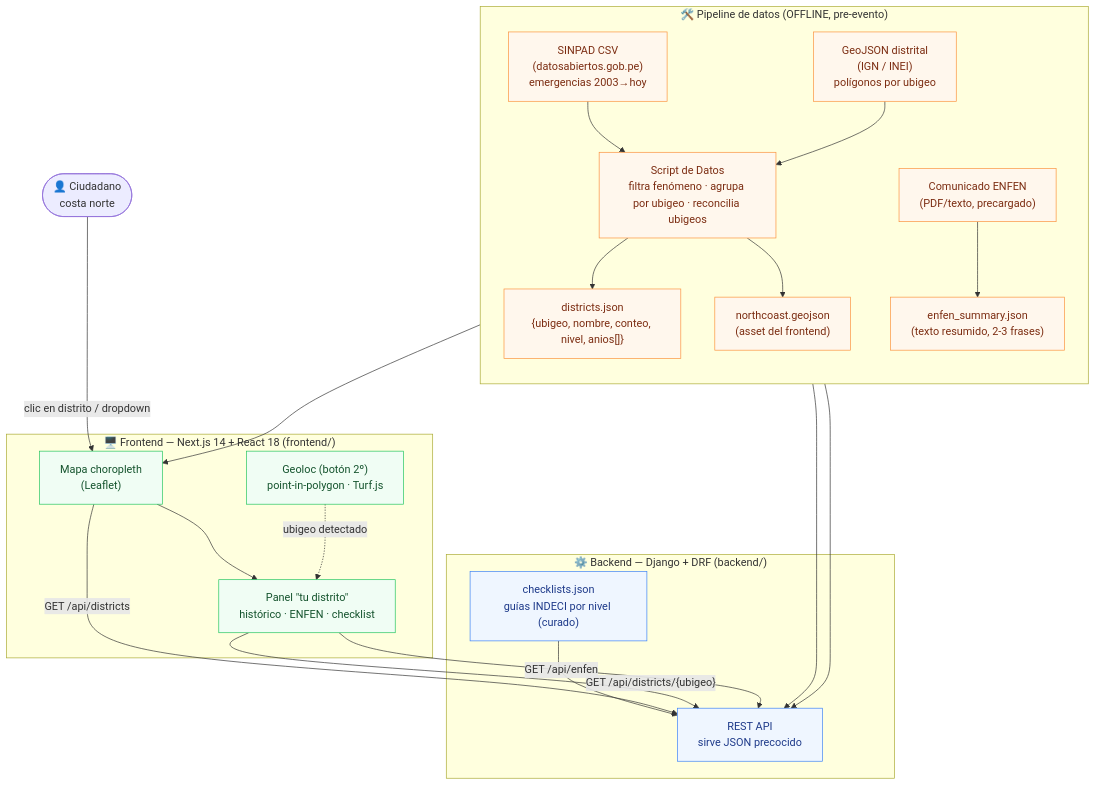
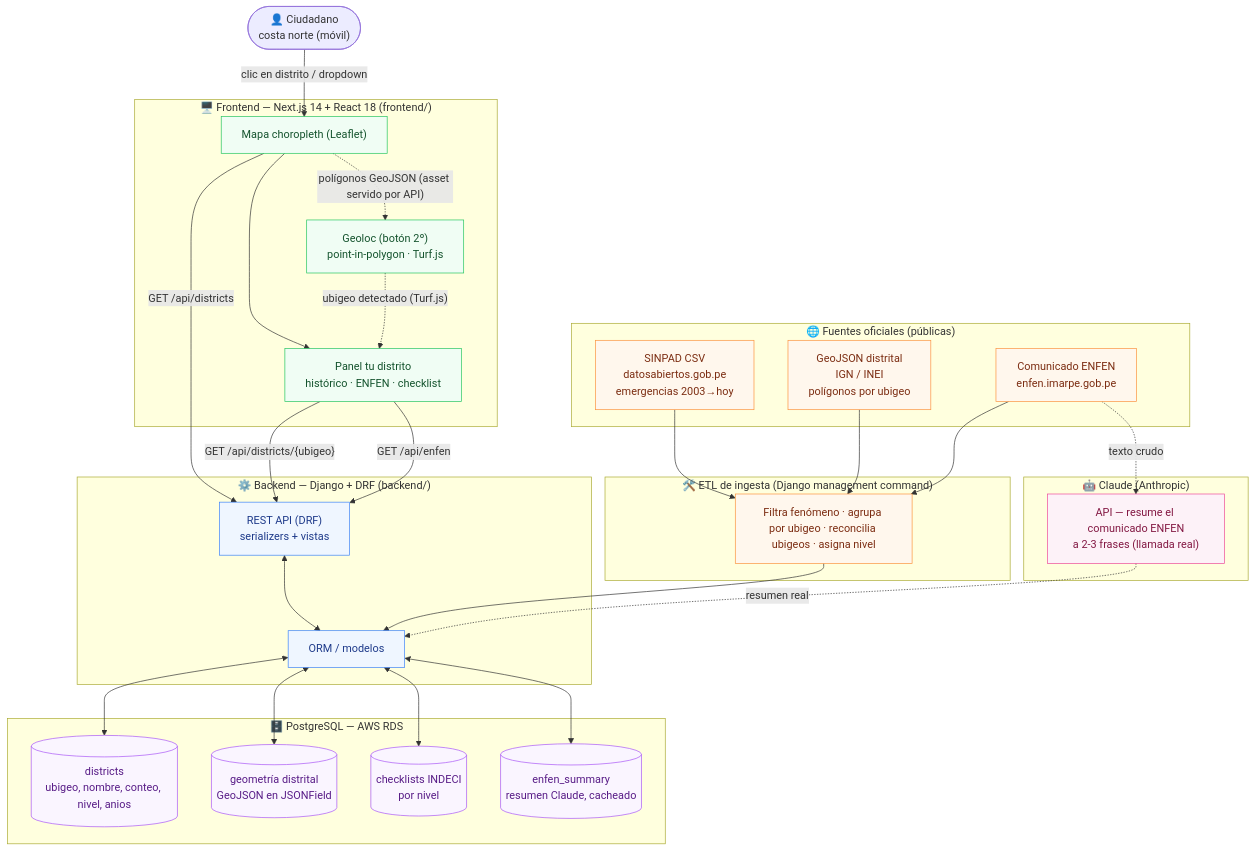
Before and after one commit to valerianadine99/hackaton-pucp-LTGM: the first of 5 diagrams in docs/architecture.md, drawn with Mermaid. The commit also changed other lines of this file and 3 other files, not shown here.

First line of the commit message:
Re-sincronizar arquitectura: BD real (RDS) + EC2 + Claude

````diff
--- a/docs/architecture.md
+++ b/docs/architecture.md
@@ -11,45 +11,67 @@
 ```mermaid
 flowchart TB
-    subgraph offline["🛠️ Pipeline de datos (OFFLINE, pre-evento)"]
-        direction TB
-        sinpad["SINPAD CSV<br/>(datosabiertos.gob.pe)<br/>emergencias 2003→hoy"]
-        ign["GeoJSON distrital<br/>(IGN / INEI)<br/>polígonos por ubigeo"]
-        enfenSrc["Comunicado ENFEN<br/>(PDF/texto, precargado)"]
-        etl["Script de Datos<br/>filtra fenómeno · agrupa por ubigeo · reconcilia ubigeos"]
-        sinpad --> etl
-        ign --> etl
-        etl --> districtsJson["districts.json<br/>{ubigeo, nombre, conteo, nivel, anios[]}"]
-        etl --> geo["northcoast.geojson<br/>(asset del frontend)"]
-        enfenSrc --> enfenTxt["enfen_summary.json<br/>(texto resumido, 2-3 frases)"]
+    subgraph sources["🌐 Fuentes oficiales (públicas)"]
+        sinpad["SINPAD CSV<br/>datosabiertos.gob.pe<br/>emergencias 2003→hoy"]
+        ign["GeoJSON distrital<br/>IGN / INEI<br/>polígonos por ubigeo"]
+        enfenSrc["Comunicado ENFEN<br/>enfen.imarpe.gob.pe"]
+    end
+
+    subgraph etl["🛠️ ETL de ingesta (Django management command)"]
+        load["Filtra fenómeno · agrupa por ubigeo · reconcilia ubigeos · asigna nivel"]
     end
 
     subgraph backend["⚙️ Backend — Django + DRF (backend/)"]
-        api["REST API<br/>sirve JSON precocido"]
-        districtsJson --> api
-        enfenTxt --> api
-        checklists["checklists.json<br/>guías INDECI por nivel (curado)"] --> api
+        api["REST API (DRF)<br/>serializers + vistas"]
+        orm["ORM / modelos"]
+        api <--> orm
+    end
+
+    subgraph db["🗄️ PostgreSQL — AWS RDS"]
+        tDistrict[("districts<br/>ubigeo, nombre, conteo, nivel, anios")]
+        tGeo[("geometría distrital<br/>GeoJSON en JSONField")]
+        tChecklist[("checklists INDECI<br/>por nivel")]
+        tEnfen[("enfen_summary<br/>resumen Claude, cacheado")]
+    end
+
+    subgraph ai["🤖 Claude (Anthropic)"]
+        claude["API — resume el comunicado ENFEN<br/>a 2-3 frases (llamada real)"]
     end
 
     subgraph frontend["🖥️ Frontend — Next.js 14 + React 18 (frontend/)"]
-        map["Mapa choropleth<br/>(Leaflet)"]
-        panel["Panel #quot;tu distrito#quot;<br/>histórico · ENFEN · checklist"]
+        map["Mapa choropleth (Leaflet)"]
+        panel["Panel tu distrito<br/>histórico · ENFEN · checklist"]
         geoloc["Geoloc (botón 2º)<br/>point-in-polygon · Turf.js"]
-        geo --> map
     end
 
-    user(["👤 Ciudadano<br/>costa norte"])
+    user(["👤 Ciudadano<br/>costa norte (móvil)"])
+
+    sinpad --> load
+    ign --> load
+    enfenSrc --> load
+    load --> orm
+    enfenSrc -.->|texto crudo| claude
+    claude -.->|resumen real| orm
+    orm <--> tDistrict
+    orm <--> tGeo
+    orm <--> tChecklist
+    orm <--> tEnfen
 
     user -->|"clic en distrito / dropdown"| map
     map -->|"GET /api/districts"| api
     panel -->|"GET /api/districts/{ubigeo}"| api
     panel -->|"GET /api/enfen"| api
     map --> panel
-    geoloc -.->|"ubigeo detectado"| panel
+    map -.->|"polígonos GeoJSON (asset servido por API)"| geoloc
+    geoloc -.->|"ubigeo detectado (Turf.js)"| panel
 
-    classDef off fill:#fff7ed,stroke:#fb923c,color:#7c2d12;
+    classDef src fill:#fff7ed,stroke:#fb923c,color:#7c2d12;
     classDef be fill:#eff6ff,stroke:#3b82f6,color:#1e3a8a;
+    classDef store fill:#faf5ff,stroke:#a855f7,color:#581c87;
+    classDef aicls fill:#fdf2f8,stroke:#ec4899,color:#831843;
     classDef fe fill:#f0fdf4,stroke:#22c55e,color:#14532d;
-    class sinpad,ign,enfenSrc,etl,districtsJson,geo,enfenTxt off;
-    class api,checklists be;
+    class sinpad,ign,enfenSrc,load src;
+    class api,orm be;
+    class tDistrict,tGeo,tChecklist,tEnfen store;
+    class claude aicls;
     class map,panel,geoloc fe;
 ```
````
